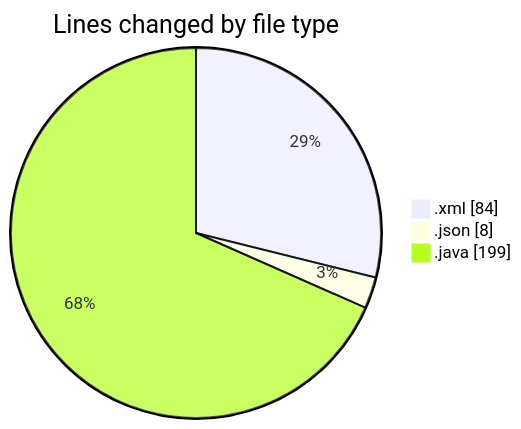
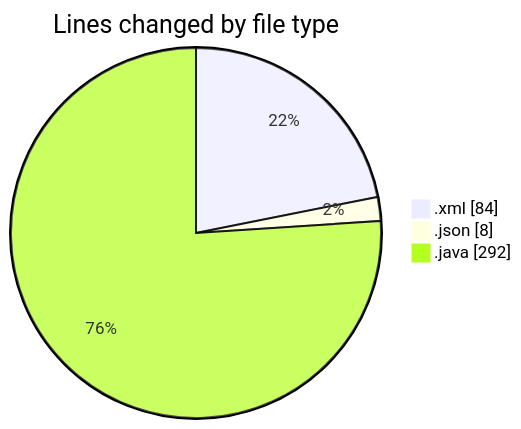
One commit to charlie-sans/code-tracking changed the first of 2 diagrams in 2025-02-11/masm/README.md. Above: the diagram before and after it, drawn with Mermaid. The commit also changed other lines of this file and 1 other file, not shown here.

````diff
--- a/2025-02-11/masm/README.md
+++ b/2025-02-11/masm/README.md
@@ -24,7 +25,7 @@
 ```mermaid
 pie showData
 title Lines changed by file type
 ".xml" : 84
 ".json" : 8
-".java" : 199
+".java" : 292
 ```
````
